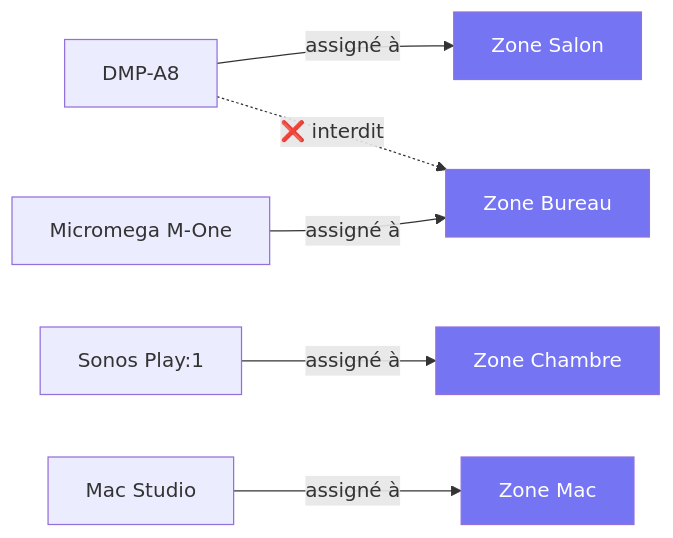
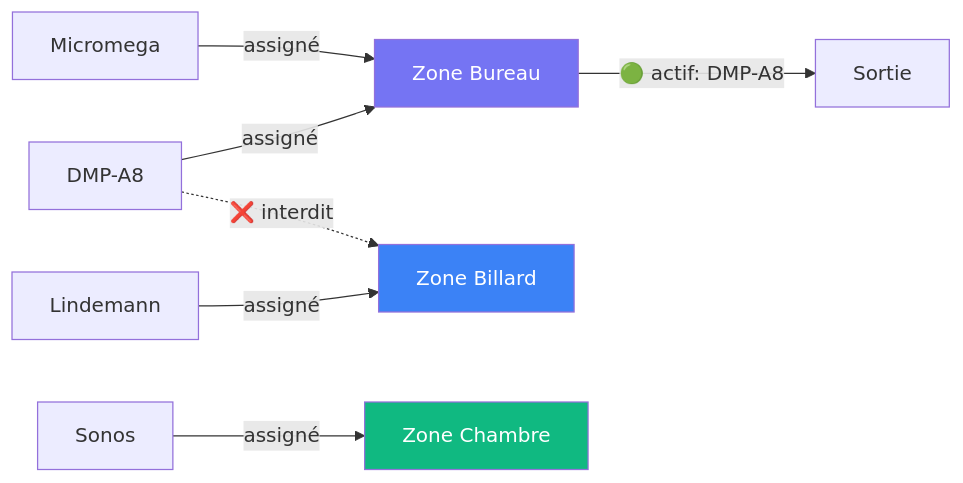
Before and after one commit to renesenses/tune-server-linux: the fourth of 10 diagrams in docs/ZONE-MANAGER-STUDY.md, drawn with Mermaid. The commit also changed other lines of this file and 12 other files, not shown here.

````diff
--- a/docs/ZONE-MANAGER-STUDY.md
+++ b/docs/ZONE-MANAGER-STUDY.md
@@ -58,14 +146,15 @@
 ```mermaid
 graph LR
-    D1[DMP-A8] -->|assigné à| Z1[Zone Salon]
-    D2[Micromega M-One] -->|assigné à| Z2[Zone Bureau]
-    D3[Sonos Play:1] -->|assigné à| Z3[Zone Chambre]
-    D4[Mac Studio] -->|assigné à| Z4[Zone Mac]
+    D1[DMP-A8] -->|assigné| Z1[Zone Bureau]
+    D2[Micromega] -->|assigné| Z1
+    D3[Lindemann] -->|assigné| Z2[Zone Billard]
+    D4[Sonos] -->|assigné| Z3[Zone Chambre]
     
     D1 -.->|❌ interdit| Z2
     
+    Z1 -->|"🟢 actif: DMP-A8"| OUT1[Sortie]
+    
     style Z1 fill:#7574F3,color:#fff
-    style Z2 fill:#7574F3,color:#fff
-    style Z3 fill:#7574F3,color:#fff
-    style Z4 fill:#7574F3,color:#fff
+    style Z2 fill:#3B82F6,color:#fff
+    style Z3 fill:#10B981,color:#fff
 ```
````
